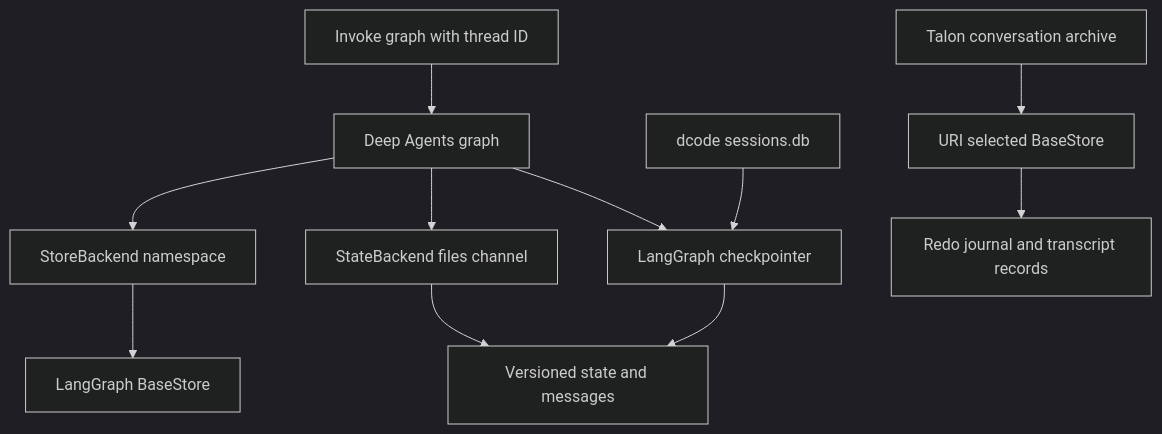
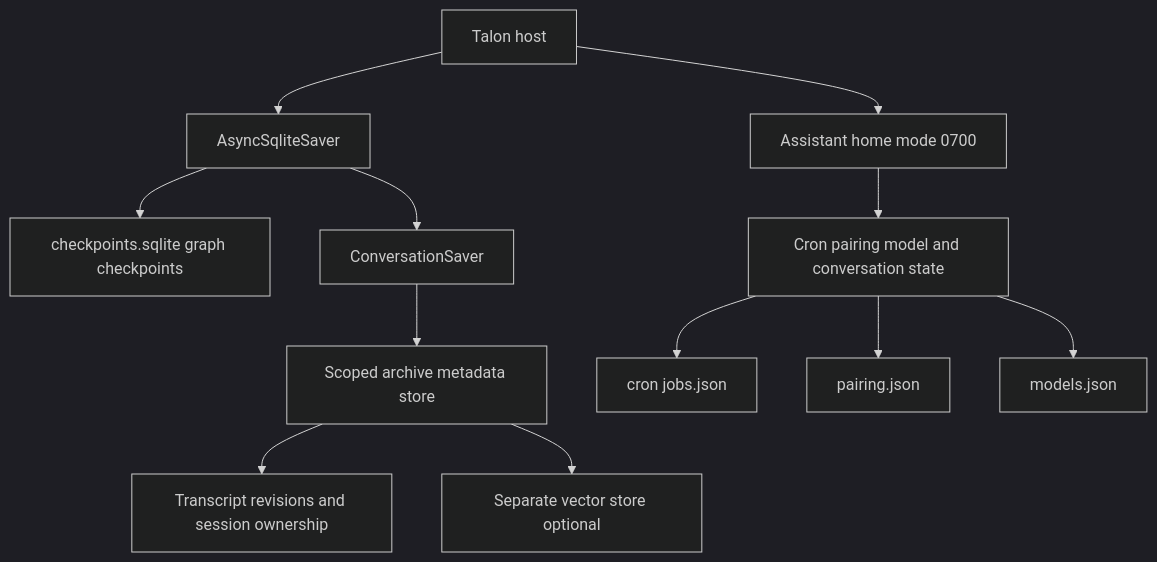
One commit to langchain-ai/deepagents changed the diagram in openwiki/concepts/state-persistence.md. Above: the diagram before and after it, drawn with Mermaid (dark theme). The commit also changed other lines of this file and 28 other files, not shown here.

````diff
--- a/openwiki/concepts/state-persistence.md
+++ b/openwiki/concepts/state-persistence.md
@@ -41,13 +47,14 @@
 ```mermaid
 flowchart TD
-    Invoke["Invoke graph with thread ID"] --> Graph["Deep Agents graph"]
-    Graph --> Checkpoint["LangGraph checkpointer"]
-    Checkpoint --> ThreadState["Versioned state and messages"]
-    Graph --> StateBackend["StateBackend files channel"]
-    StateBackend --> ThreadState
-    Graph --> StoreBackend["StoreBackend namespace"]
-    StoreBackend --> BaseStore["LangGraph BaseStore"]
-    SQLite["dcode sessions.db"] --> Checkpoint
-    Talon["Talon conversation archive"] --> ArchiveStore["URI selected BaseStore"]
-    ArchiveStore --> Records["Redo journal and transcript records"]
+    Host["Talon host"] --> Home["Assistant home mode 0700"]
+    Host --> Checkpointer["AsyncSqliteSaver"]
+    Checkpointer --> Checkpoints["checkpoints.sqlite graph checkpoints"]
+    Checkpointer --> Saver["ConversationSaver"]
+    Saver --> Archive["Scoped archive metadata store"]
+    Archive --> Metadata["Transcript revisions and session ownership"]
+    Archive --> Vectors["Separate vector store optional"]
+    Home --> Operational["Cron pairing model and conversation state"]
+    Operational --> Cron["cron jobs.json"]
+    Operational --> Pairing["pairing.json"]
+    Operational --> Models["models.json"]
 ```
````
